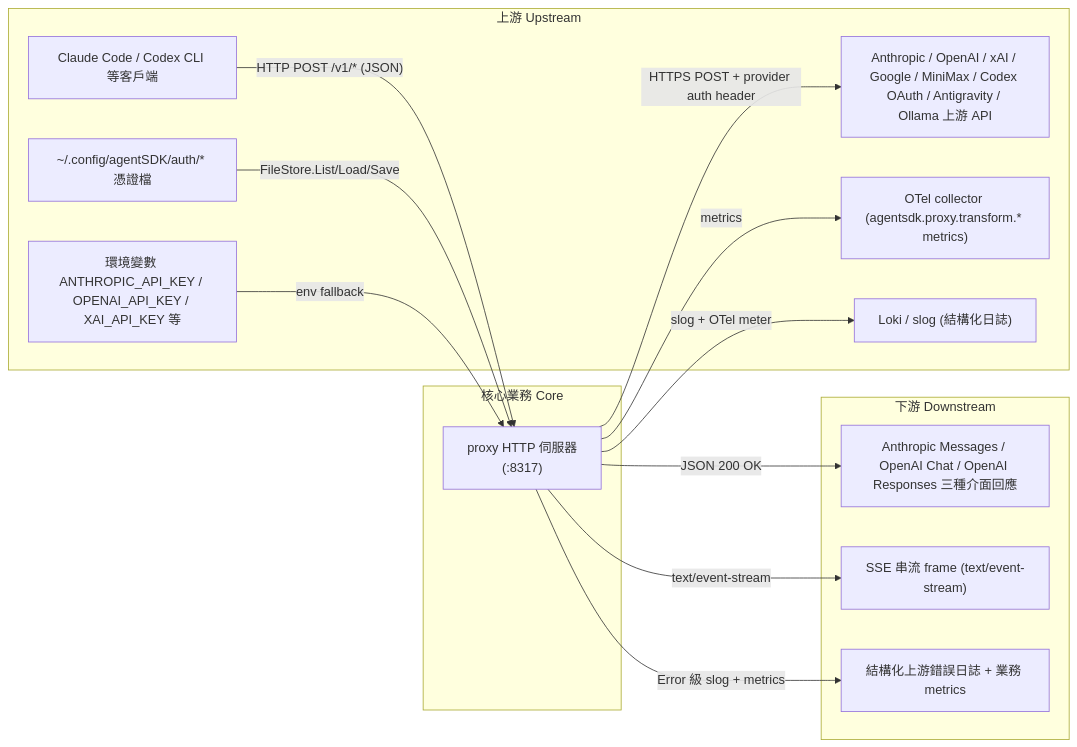
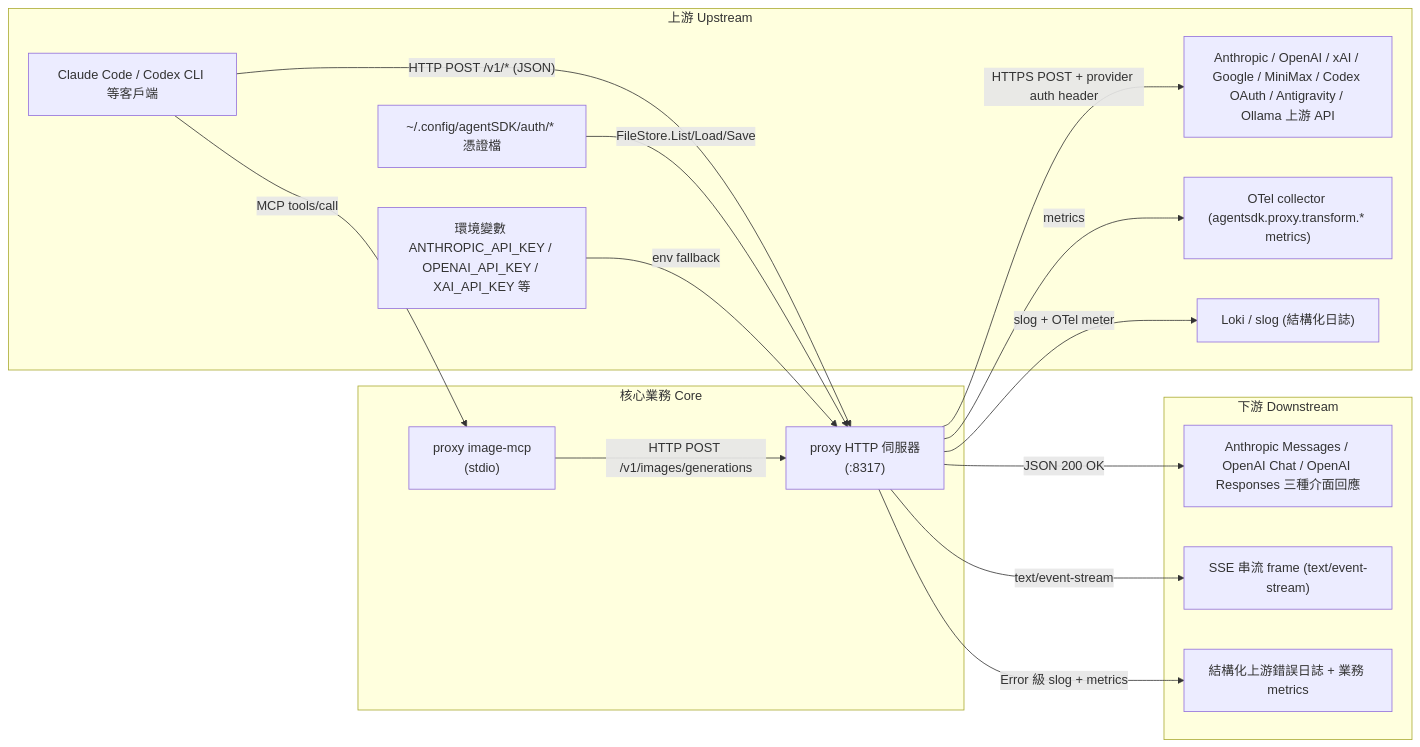
The first of 3 diagrams in README.business.md (BizShuk/proxy), drawn with Mermaid before and after one commit. The commit also changed other lines of this file and 32 other files, not shown here.

Commit message:
feat: implement xAI image generation proxy endpoint and add MCP support for image-related tools.

````diff
--- a/README.business.md
+++ b/README.business.md
@@ -18,28 +19,31 @@
 ```mermaid
 flowchart LR
     subgraph upstream [上游 Upstream]
         A1["Claude Code / Codex CLI 等客戶端"]
         A2["~/.config/agentSDK/auth/* 憑證檔"]
         A3["環境變數 ANTHROPIC_API_KEY / OPENAI_API_KEY / XAI_API_KEY 等"]
         A4["Anthropic / OpenAI / xAI / Google / MiniMax / Codex OAuth / Antigravity / Ollama 上游 API"]
         A5["OTel collector (agentsdk.proxy.transform.* metrics)"]
         A6["Loki / slog (結構化日誌)"]
     end
     subgraph core [核心業務 Core]
         B["proxy HTTP 伺服器\n(:8317)"]
+        BMCP["proxy image-mcp\n(stdio)"]
     end
     subgraph downstream [下游 Downstream]
         C1["Anthropic Messages / OpenAI Chat / OpenAI Responses 三種介面回應"]
         C2["SSE 串流 frame (text/event-stream)"]
         C3["結構化上游錯誤日誌 + 業務 metrics"]
     end
+    A1 -->|"MCP tools/call"| BMCP
+    BMCP -->|"HTTP POST /v1/images/generations"| B
     A1 -->|"HTTP POST /v1/* (JSON)"| B
     A2 -->|"FileStore.List/Load/Save"| B
     A3 -->|"env fallback"| B
     B -->|"HTTPS POST + provider auth header"| A4
     B -->|"slog + OTel meter"| A6
     B -->|"metrics"| A5
     B -->|"JSON 200 OK"| C1
     B -->|"text/event-stream"| C2
     B -->|"Error 級 slog + metrics"| C3
 ```
````
